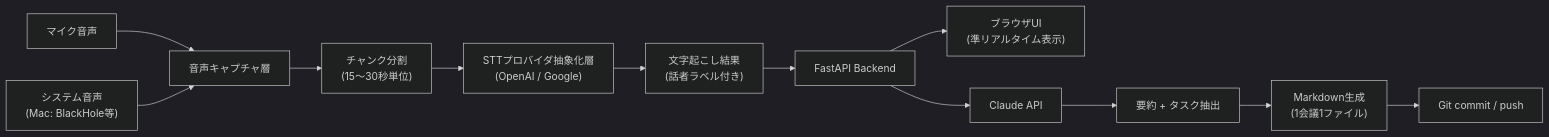
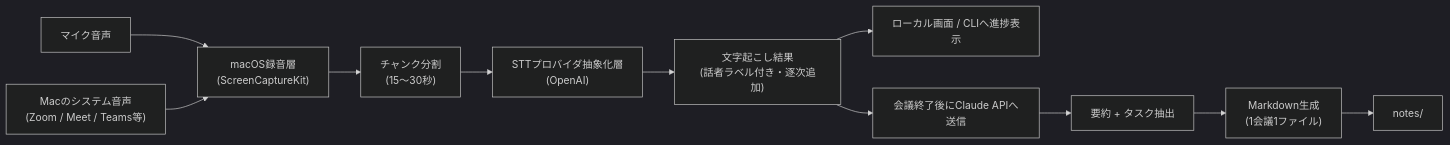
Before and after one commit to knk1313/local-meeting-notes: the diagram in README.md, drawn with Mermaid (dark theme). The commit also changed other lines of this file and 8 other files, not shown here.

````diff
--- a/README.md
+++ b/README.md
@@ -29,14 +30,13 @@
 ```mermaid
 flowchart LR
-    A[マイク音声] --> C[音声キャプチャ層]
-    B["システム音声<br/>(Mac: BlackHole等)"] --> C
-    C --> D["チャンク分割<br/>(15〜30秒単位)"]
-    D --> E["STTプロバイダ抽象化層<br/>(OpenAI / Google)"]
-    E --> F["文字起こし結果<br/>(話者ラベル付き)"]
-    F --> G[FastAPI Backend]
-    G --> H["ブラウザUI<br/>(準リアルタイム表示)"]
-    G --> I[Claude API]
+    A[マイク音声] --> C["macOS録音層<br/>(ScreenCaptureKit)"]
+    B["Macのシステム音声<br/>(Zoom / Meet / Teams等)"] --> C
+    C --> D["チャンク分割<br/>(15〜30秒)"]
+    D --> E["STTプロバイダ抽象化層<br/>(OpenAI)"]
+    E --> F["文字起こし結果<br/>(話者ラベル付き・逐次追加)"]
+    F --> G["ローカル画面 / CLIへ進捗表示"]
+    F --> I["会議終了後にClaude APIへ送信"]
     I --> J[要約 + タスク抽出]
     J --> K["Markdown生成<br/>(1会議1ファイル)"]
-    K --> L[Git commit / push]
+    K --> L[notes/]
 ```
````
